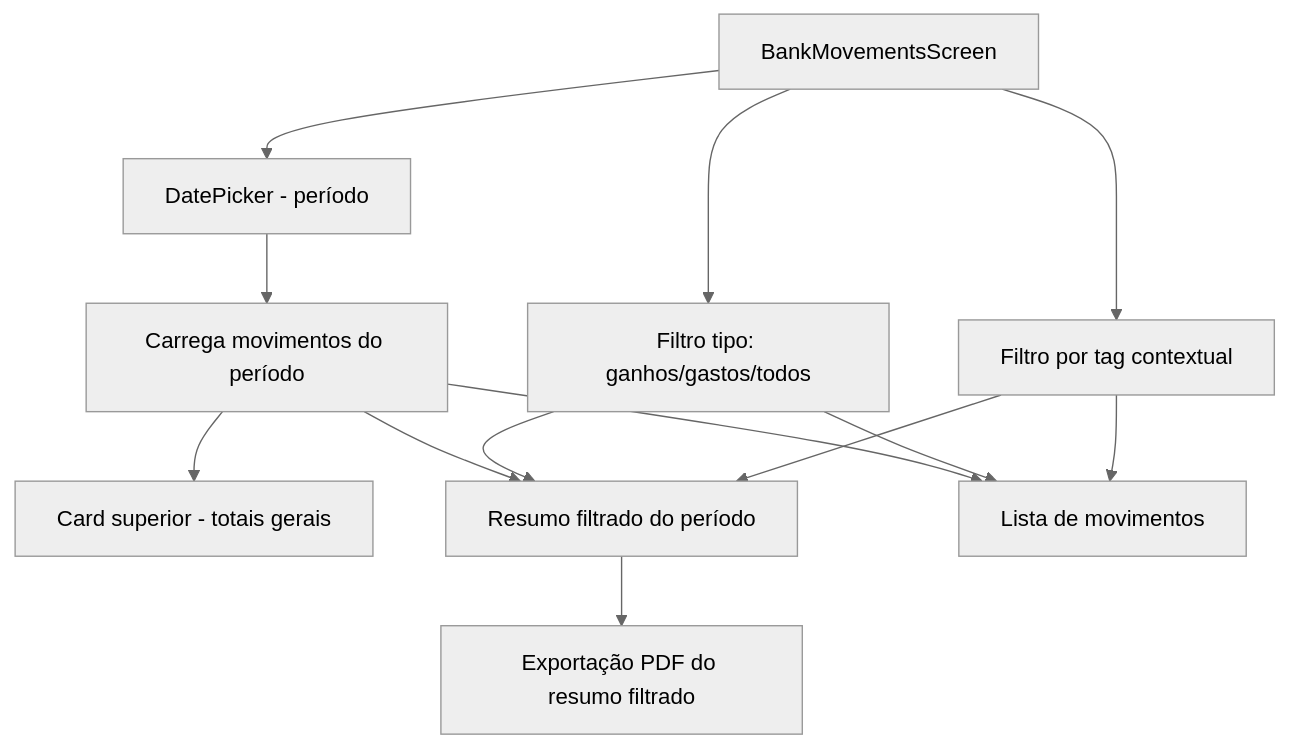
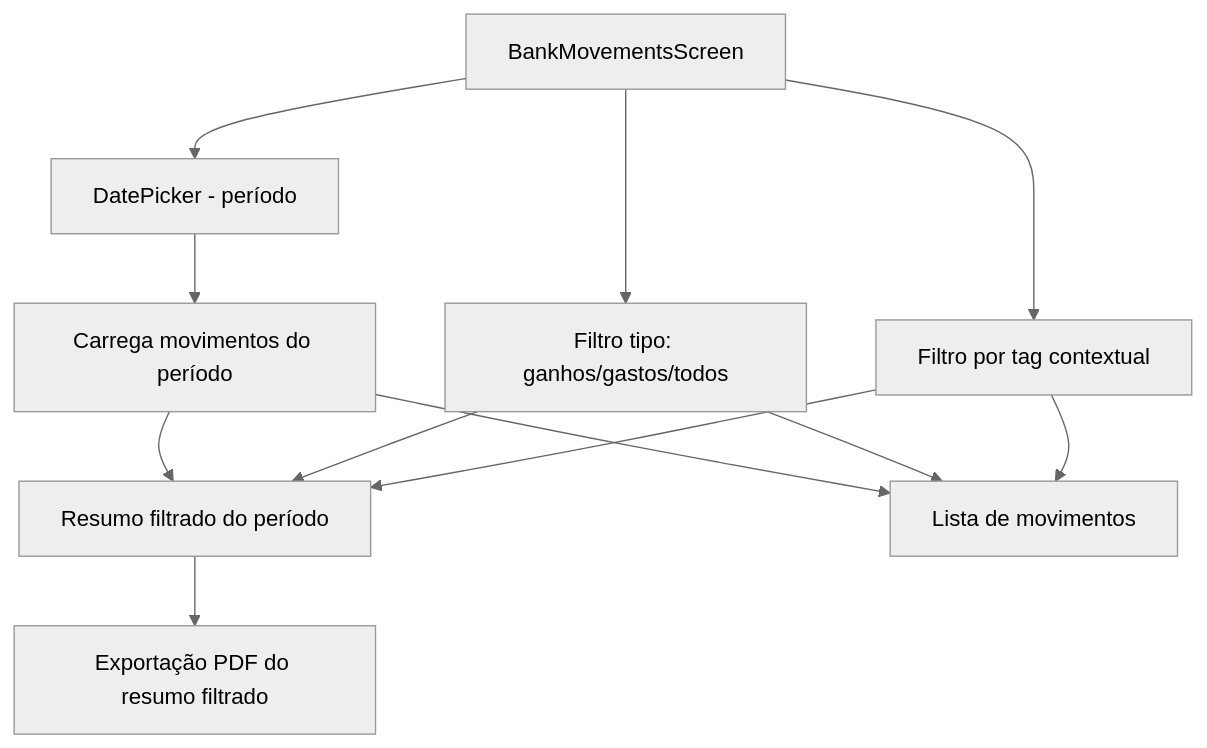
The diagram in Arquitetura/Gerenciamento de Bancos.md (gabrielmazz/finances-app), drawn with Mermaid (neutral theme) before and after one commit. The commit also changed other lines of this file and 10 other files, not shown here.

````diff
--- a/Arquitetura/Gerenciamento de Bancos.md
+++ b/Arquitetura/Gerenciamento de Bancos.md
@@ -31,15 +31,14 @@
 ```mermaid
 graph TD
     BMS[BankMovementsScreen] --> DP[DatePicker - período]
     BMS --> FT[Filtro tipo: ganhos/gastos/todos]
     BMS --> FTG[Filtro por tag contextual]
     DP --> LOAD[Carrega movimentos do período]
-    LOAD --> CARD[Card superior - totais gerais]
     LOAD --> RESUMO[Resumo filtrado do período]
     RESUMO --> PDF[Exportação PDF do resumo filtrado]
     LOAD --> LIST[Lista de movimentos]
     FT --> RESUMO
     FTG --> RESUMO
     FT --> LIST
     FTG --> LIST
 ```
````
